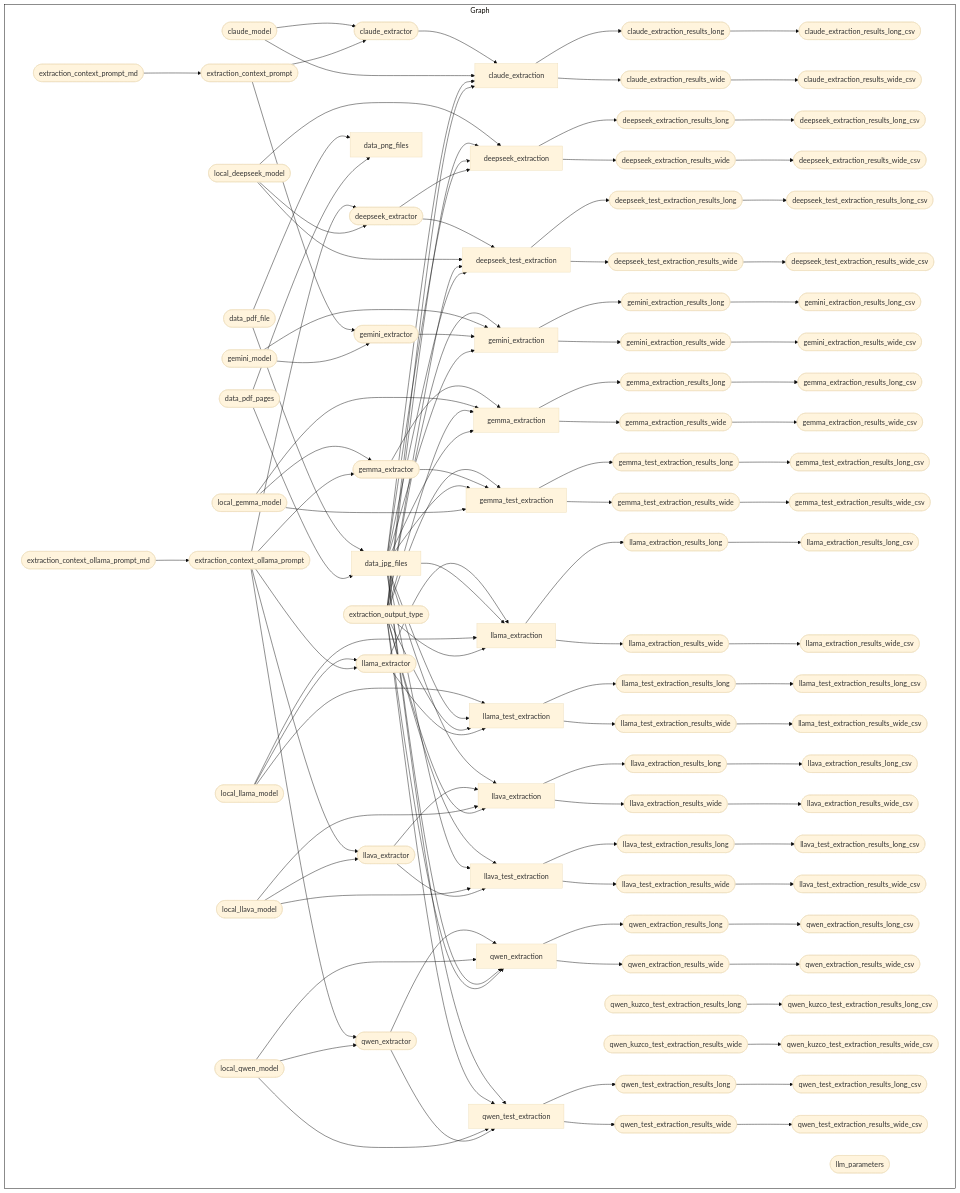
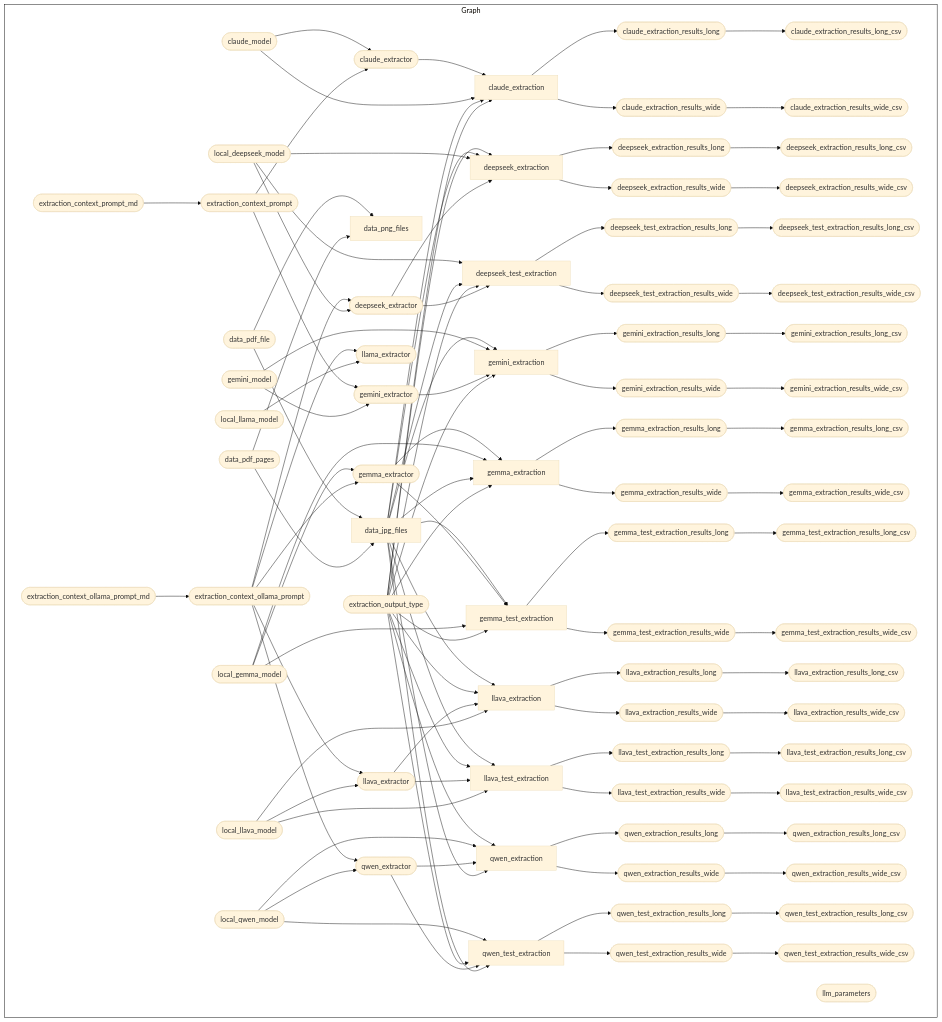
Before and after one commit to OxfordIHTM/computer-vision-demo: the diagram in README.md, drawn with Mermaid (base theme). The commit also changed other lines of this file and 13 other files, not shown here.

```diff
--- a/README.md
+++ b/README.md
@@ -246,9 +298,9 @@
     xe79485d2cbaf929c(["data_pdf_pages"]):::skipped --> xcde58b2bce8a2260["data_jpg_files"]:::skipped
     xf64c2f26e3ae28ce(["data_pdf_file"]):::skipped --> x6fd840ed377697c4["data_png_files"]:::queued
     xe79485d2cbaf929c(["data_pdf_pages"]):::skipped --> x6fd840ed377697c4["data_png_files"]:::queued
-    xb957a37aad5b67c5(["local_deepseek_model"]):::queued --> xb9f66fc85a4f1ea1["deepseek_extraction"]:::queued
     x487a49d42720222c(["extraction_output_type"]):::skipped --> xb9f66fc85a4f1ea1["deepseek_extraction"]:::queued
     xcde58b2bce8a2260["data_jpg_files"]:::skipped --> xb9f66fc85a4f1ea1["deepseek_extraction"]:::queued
+    xb957a37aad5b67c5(["local_deepseek_model"]):::queued --> xb9f66fc85a4f1ea1["deepseek_extraction"]:::queued
     xf407d53739ed0632(["deepseek_extractor"]):::queued --> xb9f66fc85a4f1ea1["deepseek_extraction"]:::queued
     xb9f66fc85a4f1ea1["deepseek_extraction"]:::queued --> x9d3427148e3c7932(["deepseek_extraction_results_long"]):::queued
     x9d3427148e3c7932(["deepseek_extraction_results_long"]):::queued --> xe28ab1ac941e0e79(["deepseek_extraction_results_long_csv"]):::queued
@@ -256,20 +308,20 @@
     x7702ede3c10795a2(["deepseek_extraction_results_wide"]):::queued --> x3a91cc767d5c7ea7(["deepseek_extraction_results_wide_csv"]):::queued
     xd80b74a2359c73d0(["extraction_context_ollama_prompt"]):::queued --> xf407d53739ed0632(["deepseek_extractor"]):::queued
     xb957a37aad5b67c5(["local_deepseek_model"]):::queued --> xf407d53739ed0632(["deepseek_extractor"]):::queued
+    xb957a37aad5b67c5(["local_deepseek_model"]):::queued --> xe59d676cc895fc8f["deepseek_test_extraction"]:::queued
+    xcde58b2bce8a2260["data_jpg_files"]:::skipped --> xe59d676cc895fc8f["deepseek_test_extraction"]:::queued
+    x487a49d42720222c(["extraction_output_type"]):::skipped --> xe59d676cc895fc8f["deepseek_test_extraction"]:::queued
     xf407d53739ed0632(["deepseek_extractor"]):::queued --> xe59d676cc895fc8f["deepseek_test_extraction"]:::queued
-    xb957a37aad5b67c5(["local_deepseek_model"]):::queued --> xe59d676cc895fc8f["deepseek_test_extraction"]:::queued
-    x487a49d42720222c(["extraction_output_type"]):::skipped --> xe59d676cc895fc8f["deepseek_test_extraction"]:::queued
-    xcde58b2bce8a2260["data_jpg_files"]:::skipped --> xe59d676cc895fc8f["deepseek_test_extraction"]:::queued
     xe59d676cc895fc8f["deepseek_test_extraction"]:::queued --> x6c665d10c6870385(["deepseek_test_extraction_results_long"]):::queued
     x6c665d10c6870385(["deepseek_test_extraction_results_long"]):::queued --> x30ec6b0f291bd945(["deepseek_test_extraction_results_long_csv"]):::queued
     xe59d676cc895fc8f["deepseek_test_extraction"]:::queued --> xa451048dda449ee3(["deepseek_test_extraction_results_wide"]):::queued
     xa451048dda449ee3(["deepseek_test_extraction_results_wide"]):::queued --> x4225704dcf8d5b90(["deepseek_test_extraction_results_wide_csv"]):::queued
     x19b243cb36860f10(["extraction_context_ollama_prompt_md"]):::queued --> xd80b74a2359c73d0(["extraction_context_ollama_prompt"]):::queued
     xa765f8be0f1473b7(["extraction_context_prompt_md"]):::skipped --> x982a35c892e245ee(["extraction_context_prompt"]):::skipped
-    x487a49d42720222c(["extraction_output_type"]):::skipped --> xd63226de7dd05e61["gemini_extraction"]:::queued
+    xcde58b2bce8a2260["data_jpg_files"]:::skipped --> xd63226de7dd05e61["gemini_extraction"]:::queued
     x672b0658cd7f304b(["gemini_model"]):::queued --> xd63226de7dd05e61["gemini_extraction"]:::queued
     x8cb7c7e0b9710ea2(["gemini_extractor"]):::queued --> xd63226de7dd05e61["gemini_extraction"]:::queued
-    xcde58b2bce8a2260["data_jpg_files"]:::skipped --> xd63226de7dd05e61["gemini_extraction"]:::queued
+    x487a49d42720222c(["extraction_output_type"]):::skipped --> xd63226de7dd05e61["gemini_extraction"]:::queued
     xd63226de7dd05e61["gemini_extraction"]:::queued --> x74163c06113c69a6(["gemini_extraction_results_long"]):::queued
     x74163c06113c69a6(["gemini_extraction_results_long"]):::queued --> xe689a9e1837e69cd(["gemini_extraction_results_long_csv"]):::queued
     xd63226de7dd05e61["gemini_extraction"]:::queued --> x42136a1fb4ba6630(["gemini_extraction_results_wide"]):::queued
@@ -278,74 +330,56 @@
     x672b0658cd7f304b(["gemini_model"]):::queued --> x8cb7c7e0b9710ea2(["gemini_extractor"]):::queued
     xbdacf1efe57d11ba(["gemma_extractor"]):::queued --> x2f31c96882d08d36["gemma_extraction"]:::queued
     xba597cd142706396(["local_gemma_model"]):::queued --> x2f31c96882d08d36["gemma_extraction"]:::queued
+    xcde58b2bce8a2260["data_jpg_files"]:::skipped --> x2f31c96882d08d36["gemma_extraction"]:::queued
     x487a49d42720222c(["extraction_output_type"]):::skipped --> x2f31c96882d08d36["gemma_extraction"]:::queued
-    xcde58b2bce8a2260["data_jpg_files"]:::skipped --> x2f31c96882d08d36["gemma_extraction"]:::queued
     x2f31c96882d08d36["gemma_extraction"]:::queued --> x7e34c15b1d973e25(["gemma_extraction_results_long"]):::queued
     x7e34c15b1d973e25(["gemma_extraction_results_long"]):::queued --> x8a71c7458dd683e5(["gemma_extraction_results_long_csv"]):::queued
     x2f31c96882d08d36["gemma_extraction"]:::queued --> xa07b32cf519821a0(["gemma_extraction_results_wide"]):::queued
     xa07b32cf519821a0(["gemma_extraction_results_wide"]):::queued --> x5519b8ccb400447f(["gemma_extraction_results_wide_csv"]):::queued
     xba597cd142706396(["local_gemma_model"]):::queued --> xbdacf1efe57d11ba(["gemma_extractor"]):::queued
     xd80b74a2359c73d0(["extraction_context_ollama_prompt"]):::queued --> xbdacf1efe57d11ba(["gemma_extractor"]):::queued
+    xcde58b2bce8a2260["data_jpg_files"]:::skipped --> x883eafa12b623704["gemma_test_extraction"]:::queued
+    xbdacf1efe57d11ba(["gemma_extractor"]):::queued --> x883eafa12b623704["gemma_test_extraction"]:::queued
+    xba597cd142706396(["local_gemma_model"]):::queued --> x883eafa12b623704["gemma_test_extraction"]:::queued
     x487a49d42720222c(["extraction_output_type"]):::skipped --> x883eafa12b623704["gemma_test_extraction"]:::queued
-    xbdacf1efe57d11ba(["gemma_extractor"]):::queued --> x883eafa12b623704["gemma_test_extraction"]:::queued
-    xcde58b2bce8a2260["data_jpg_files"]:::skipped --> x883eafa12b623704["gemma_test_extraction"]:::queued
-    xba597cd142706396(["local_gemma_model"]):::queued --> x883eafa12b623704["gemma_test_extraction"]:::queued
     x883eafa12b623704["gemma_test_extraction"]:::queued --> x36d8fe351758d6a9(["gemma_test_extraction_results_long"]):::queued
     x36d8fe351758d6a9(["gemma_test_extraction_results_long"]):::queued --> x1ec973b6bac53778(["gemma_test_extraction_results_long_csv"]):::queued
     x883eafa12b623704["gemma_test_extraction"]:::queued --> x0ce1edbb890bba38(["gemma_test_extraction_results_wide"]):::queued
     x0ce1edbb890bba38(["gemma_test_extraction_results_wide"]):::queued --> x387ba000a6d84241(["gemma_test_extraction_results_wide_csv"]):::queued
-    xf54b87b127ae79c8(["llama_extractor"]):::queued --> x6f31f87e06ee8820["llama_extraction"]:::queued
-    xcde58b2bce8a2260["data_jpg_files"]:::skipped --> x6f31f87e06ee8820["llama_extraction"]:::queued
-    x99f03a7148fda570(["local_llama_model"]):::queued --> x6f31f87e06ee8820["llama_extraction"]:::queued
-    x487a49d42720222c(["extraction_output_type"]):::skipped --> x6f31f87e06ee8820["llama_extraction"]:::queued
-    x6f31f87e06ee8820["llama_extraction"]:::queued --> x74791c0b6358b98f(["llama_extraction_results_long"]):::queued
-    x74791c0b6358b98f(["llama_extraction_results_long"]):::queued --> x99a3eb2c47cbd1a4(["llama_extraction_results_long_csv"]):::queued
-    x6f31f87e06ee8820["llama_extraction"]:::queued --> xc16268b45142fae1(["llama_extraction_results_wide"]):::queued
-    xc16268b45142fae1(["llama_extraction_results_wide"]):::queued --> x7d3021936e3da253(["llama_extraction_results_wide_csv"]):::queued
+    xd80b74a2359c73d0(["extraction_context_ollama_prompt"]):::queued --> xf54b87b127ae79c8(["llama_extractor"]):::queued
     x99f03a7148fda570(["local_llama_model"]):::queued --> xf54b87b127ae79c8(["llama_extractor"]):::queued
-    xd80b74a2359c73d0(["extraction_context_ollama_prompt"]):::queued --> xf54b87b127ae79c8(["llama_extractor"]):::queued
-    x99f03a7148fda570(["local_llama_model"]):::queued --> x292cd34918802a30["llama_test_extraction"]:::queued
-    xcde58b2bce8a2260["data_jpg_files"]:::skipped --> x292cd34918802a30["llama_test_extraction"]:::queued
-    x487a49d42720222c(["extraction_output_type"]):::skipped --> x292cd34918802a30["llama_test_extraction"]:::queued
-    xf54b87b127ae79c8(["llama_extractor"]):::queued --> x292cd34918802a30["llama_test_extraction"]:::queued
-    x292cd34918802a30["llama_test_extraction"]:::queued --> xb195ded487b977ce(["llama_test_extraction_results_long"]):::queued
-    xb195ded487b977ce(["llama_test_extraction_results_long"]):::queued --> x550e0ece622c7bdc(["llama_test_extraction_results_long_csv"]):::queued
-    x292cd34918802a30["llama_test_extraction"]:::queued --> x5abecee1789838c7(["llama_test_extraction_results_wide"]):::queued
-    x5abecee1789838c7(["llama_test_extraction_results_wide"]):::queued --> x4ef467aedd875f25(["llama_test_extraction_results_wide_csv"]):::queued
     xcde58b2bce8a2260["data_jpg_files"]:::skipped --> x7d2a167978f3a966["llava_extraction"]:::queued
+    x487a49d42720222c(["extraction_output_type"]):::skipped --> x7d2a167978f3a966["llava_extraction"]:::queued
     x0de051b4924b82bb(["llava_extractor"]):::queued --> x7d2a167978f3a966["llava_extraction"]:::queued
     x0621d4c5bb5ff06b(["local_llava_model"]):::queued --> x7d2a167978f3a966["llava_extraction"]:::queued
-    x487a49d42720222c(["extraction_output_type"]):::skipped --> x7d2a167978f3a966["llava_extraction"]:::queued
     x7d2a167978f3a966["llava_extraction"]:::queued --> x3a0b0dbad48893f7(["llava_extraction_results_long"]):::queued
     x3a0b0dbad48893f7(["llava_extraction_results_long"]):::queued --> x75c092d2404cb20e(["llava_extraction_results_long_csv"]):::queued
     x7d2a167978f3a966["llava_extraction"]:::queued --> x262523e0f122aefe(["llava_extraction_results_wide"]):::queued
     x262523e0f122aefe(["llava_extraction_results_wide"]):::queued --> x548ef0395fb55db8(["llava_extraction_results_wide_csv"]):::queued
     xd80b74a2359c73d0(["extraction_context_ollama_prompt"]):::queued --> x0de051b4924b82bb(["llava_extractor"]):::queued
     x0621d4c5bb5ff06b(["local_llava_model"]):::queued --> x0de051b4924b82bb(["llava_extractor"]):::queued
+    xcde58b2bce8a2260["data_jpg_files"]:::skipped --> x9b13583cb72b43c0["llava_test_extraction"]:::queued
     x487a49d42720222c(["extraction_output_type"]):::skipped --> x9b13583cb72b43c0["llava_test_extraction"]:::queued
-    xcde58b2bce8a2260["data_jpg_files"]:::skipped --> x9b13583cb72b43c0["llava_test_extraction"]:::queued
+    x0de051b4924b82bb(["llava_extractor"]):::queued --> x9b13583cb72b43c0["llava_test_extraction"]:::queued
     x0621d4c5bb5ff06b(["local_llava_model"]):::queued --> x9b13583cb72b43c0["llava_test_extraction"]:::queued
-    x0de051b4924b82bb(["llava_extractor"]):::queued --> x9b13583cb72b43c0["llava_test_extraction"]:::queued
     x9b13583cb72b43c0["llava_test_extraction"]:::queued --> x319f594111601f0f(["llava_test_extraction_results_long"]):::queued
     x319f594111601f0f(["llava_test_extraction_results_long"]):::queued --> x2dacde614d6a9bfc(["llava_test_extraction_results_long_csv"]):::queued
     x9b13583cb72b43c0["llava_test_extraction"]:::queued --> x43c3f787880b2df8(["llava_test_extraction_results_wide"]):::queued
     x43c3f787880b2df8(["llava_test_extraction_results_wide"]):::queued --> xb18bb5f97a082448(["llava_test_extraction_results_wide_csv"]):::queued
+    x487a49d42720222c(["extraction_output_type"]):::skipped --> x5548d9f90749db86["qwen_extraction"]:::queued
+    x01ce8cbced893885(["local_qwen_model"]):::queued --> x5548d9f90749db86["qwen_extraction"]:::queued
     x15a3fb4d9a651239(["qwen_extractor"]):::queued --> x5548d9f90749db86["qwen_extraction"]:::queued
-    x01ce8cbced893885(["local_qwen_model"]):::queued --> x5548d9f90749db86["qwen_extraction"]:::queued
     xcde58b2bce8a2260["data_jpg_files"]:::skipped --> x5548d9f90749db86["qwen_extraction"]:::queued
-    x487a49d42720222c(["extraction_output_type"]):::skipped --> x5548d9f90749db86["qwen_extraction"]:::queued
     x5548d9f90749db86["qwen_extraction"]:::queued --> xa114d4d648a2a1db(["qwen_extraction_results_long"]):::queued
     xa114d4d648a2a1db(["qwen_extraction_results_long"]):::queued --> x6fcfa845364f7247(["qwen_extraction_results_long_csv"]):::queued
     x5548d9f90749db86["qwen_extraction"]:::queued --> xe9a3b44daee2cf8f(["qwen_extraction_results_wide"]):::queued
     xe9a3b44daee2cf8f(["qwen_extraction_results_wide"]):::queued --> x16e36df12993dae3(["qwen_extraction_results_wide_csv"]):::queued
     xd80b74a2359c73d0(["extraction_context_ollama_prompt"]):::queued --> x15a3fb4d9a651239(["qwen_extractor"]):::queued
     x01ce8cbced893885(["local_qwen_model"]):::queued --> x15a3fb4d9a651239(["qwen_extractor"]):::queued
-    xc28e6066bb823e2b(["qwen_kuzco_test_extraction_results_long"]):::queued --> xeb634db71f928615(["qwen_kuzco_test_extraction_results_long_csv"]):::queued
-    x6d050fa6478c00d5(["qwen_kuzco_test_extraction_results_wide"]):::queued --> x8f1a23bed1fd313c(["qwen_kuzco_test_extraction_results_wide_csv"]):::queued
+    x01ce8cbced893885(["local_qwen_model"]):::queued --> xd726feef05e5de04["qwen_test_extraction"]:::queued
+    x487a49d42720222c(["extraction_output_type"]):::skipped --> xd726feef05e5de04["qwen_test_extraction"]:::queued
+    x15a3fb4d9a651239(["qwen_extractor"]):::queued --> xd726feef05e5de04["qwen_test_extraction"]:::queued
     xcde58b2bce8a2260["data_jpg_files"]:::skipped --> xd726feef05e5de04["qwen_test_extraction"]:::queued
-    x487a49d42720222c(["extraction_output_type"]):::skipped --> xd726feef05e5de04["qwen_test_extraction"]:::queued
-    x01ce8cbced893885(["local_qwen_model"]):::queued --> xd726feef05e5de04["qwen_test_extraction"]:::queued
-    x15a3fb4d9a651239(["qwen_extractor"]):::queued --> xd726feef05e5de04["qwen_test_extraction"]:::queued
     xd726feef05e5de04["qwen_test_extraction"]:::queued --> xf4353db910e1d59b(["qwen_test_extraction_results_long"]):::queued
     xf4353db910e1d59b(["qwen_test_extraction_results_long"]):::queued --> x3988122db08b148d(["qwen_test_extraction_results_long_csv"]):::queued
     xd726feef05e5de04["qwen_test_extraction"]:::queued --> x51c9e4dda51c1eea(["qwen_test_extraction_results_wide"]):::queued
```
